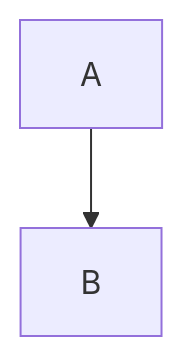
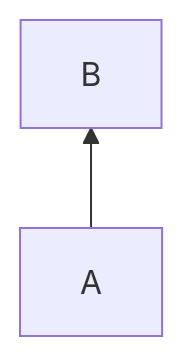
One commit to CatMcBrain/Obsidian changed the diagram in Universidad/MÉTODOS MATEMÁTICOS I/Resolución de EDO.md. Above: the diagram before and after it, drawn with Mermaid. The commit also changed other lines of this file, not shown here.

Commit message:
vault backup: 23-03-2026 13:31:28

````diff
--- a/Universidad/MÉTODOS MATEMÁTICOS I/Resolución de EDO.md
+++ b/Universidad/MÉTODOS MATEMÁTICOS I/Resolución de EDO.md
@@ -10,4 +11,4 @@
 ```mermaid
-flowchart TB;
+flowchart BT;
 A-->B;
 ```
````
